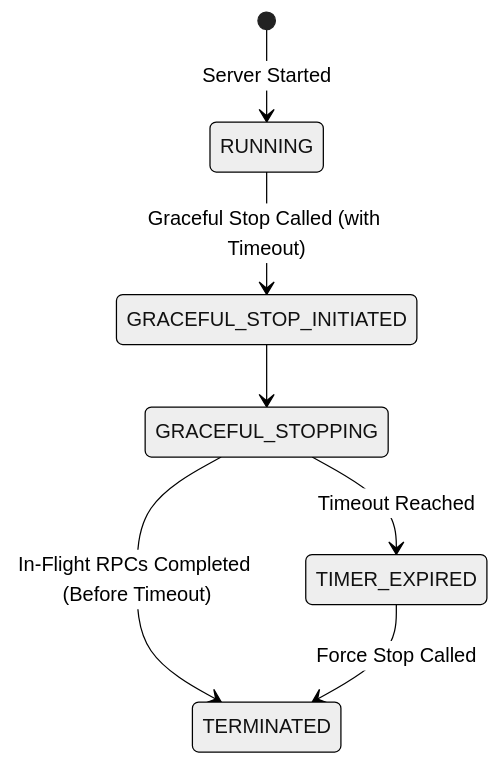
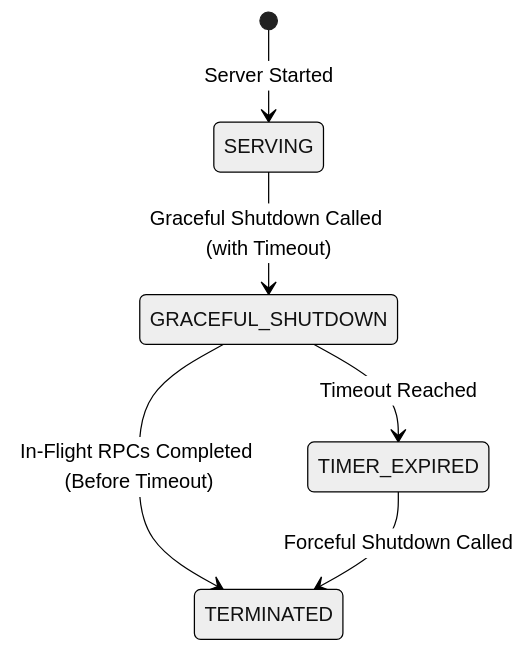
The second of 2 diagrams in content/en/docs/guides/server-graceful-stop.md (grpc/grpc.io), drawn with Mermaid (neutral theme) before and after one commit. The commit also changed other lines of this file, not shown here.

````diff
--- a/content/en/docs/guides/server-graceful-stop.md
+++ b/content/en/docs/guides/server-graceful-stop.md
@@ -67,9 +67,8 @@
 ```mermaid
 stateDiagram-v2
-    [*] --> RUNNING : Server Started
-    RUNNING --> GRACEFUL_STOP_INITIATED : Graceful Stop Called (with Timeout)
-    GRACEFUL_STOP_INITIATED --> GRACEFUL_STOPPING
-    GRACEFUL_STOPPING --> TERMINATED : In-Flight RPCs Completed (Before Timeout)
-    GRACEFUL_STOPPING --> TIMER_EXPIRED : Timeout Reached
-    TIMER_EXPIRED --> TERMINATED : Force Stop Called
+    [*] --> SERVING : Server Started
+    SERVING --> GRACEFUL_SHUTDOWN : Graceful Shutdown Called (with Timeout)
+    GRACEFUL_SHUTDOWN --> TERMINATED : In-Flight RPCs Completed (Before Timeout)
+    GRACEFUL_SHUTDOWN --> TIMER_EXPIRED : Timeout Reached
+    TIMER_EXPIRED --> TERMINATED : Forceful Shutdown Called
 ```
````
